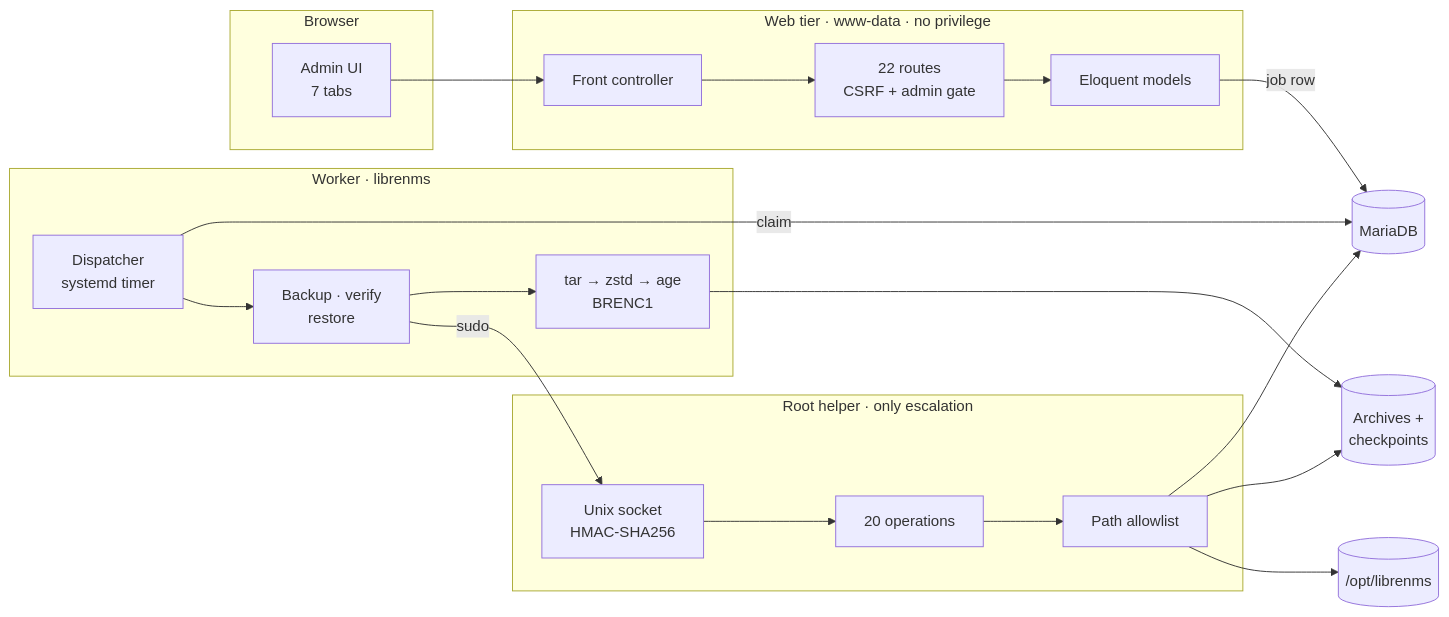
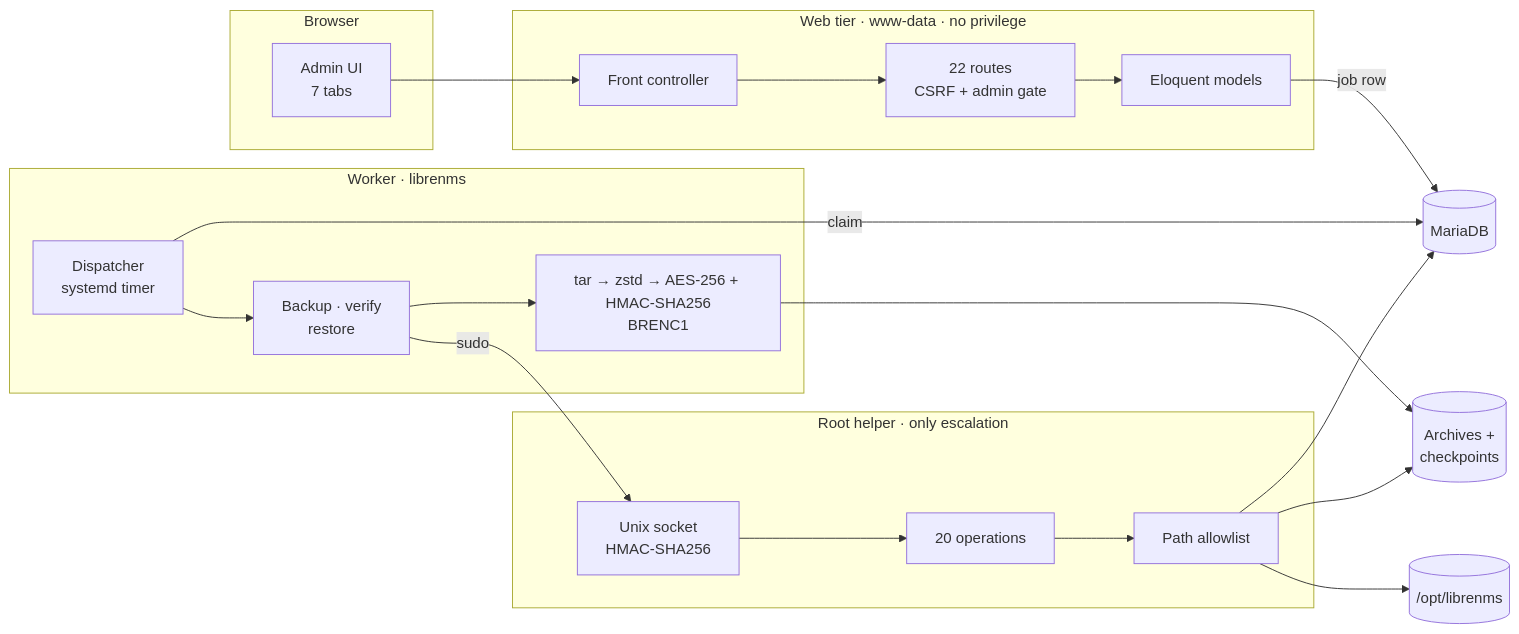
Before and after one commit to Santhosh2605/librenms-backup-restore: the diagram in README.md, drawn with Mermaid. The commit also changed other lines of this file and 15 other files, not shown here.

Commit message:
Add browser archive upload and restore flow

````diff
--- a/README.md
+++ b/README.md
@@ -112,38 +121,38 @@
 ```mermaid
 flowchart LR
     subgraph B["Browser"]
         UI["Admin UI<br/>7 tabs"]
     end
 
     subgraph W["Web tier · www-data · no privilege"]
         FC["Front controller"]
         CTL["22 routes<br/>CSRF + admin gate"]
         ORM["Eloquent models"]
     end
 
     subgraph K["Worker · librenms"]
         DISP["Dispatcher<br/>systemd timer"]
         WK["Backup · verify<br/>restore"]
-        PIPE["tar → zstd → age<br/>BRENC1"]
+        PIPE["tar → zstd → AES-256 + HMAC-SHA256<br/>BRENC1"]
     end
 
     subgraph H["Root helper · only escalation"]
         SOCK["Unix socket<br/>HMAC-SHA256"]
         OPS["20 operations"]
         POL["Path allowlist"]
     end
 
     DB[("MariaDB")]
     FS[("Archives +<br/>checkpoints")]
     APP[("/opt/librenms")]
 
     UI --> FC --> CTL --> ORM
     ORM -->|"job row"| DB
     DISP -->|"claim"| DB
     DISP --> WK --> PIPE
     WK -->|"sudo"| SOCK --> OPS --> POL
     PIPE --> FS
     POL --> DB
     POL --> FS
     POL --> APP
 ```
````
